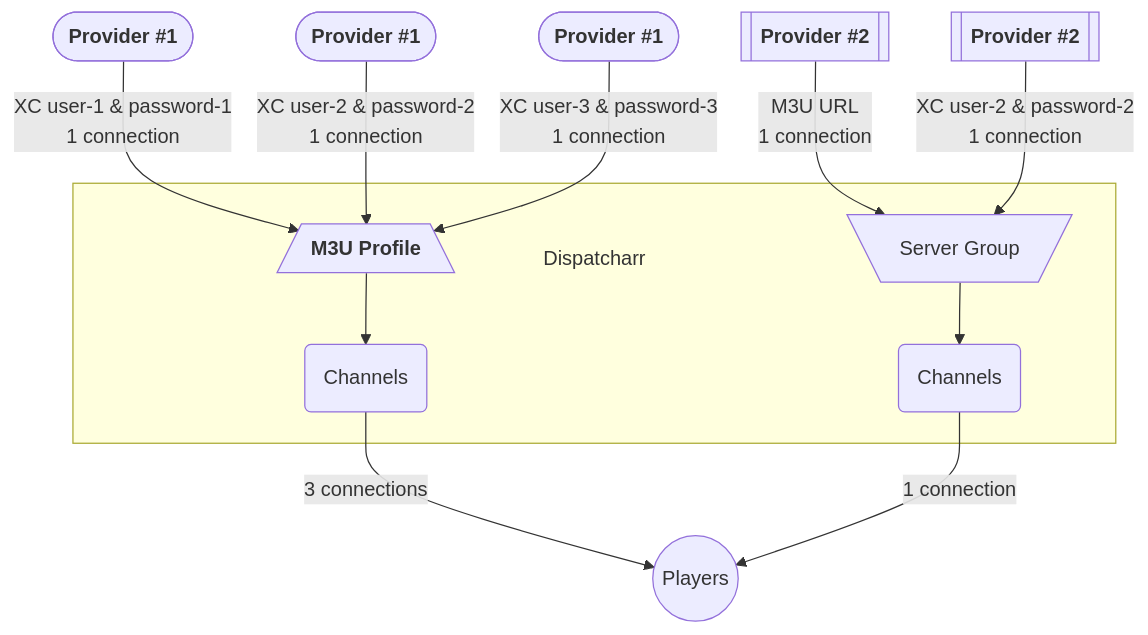
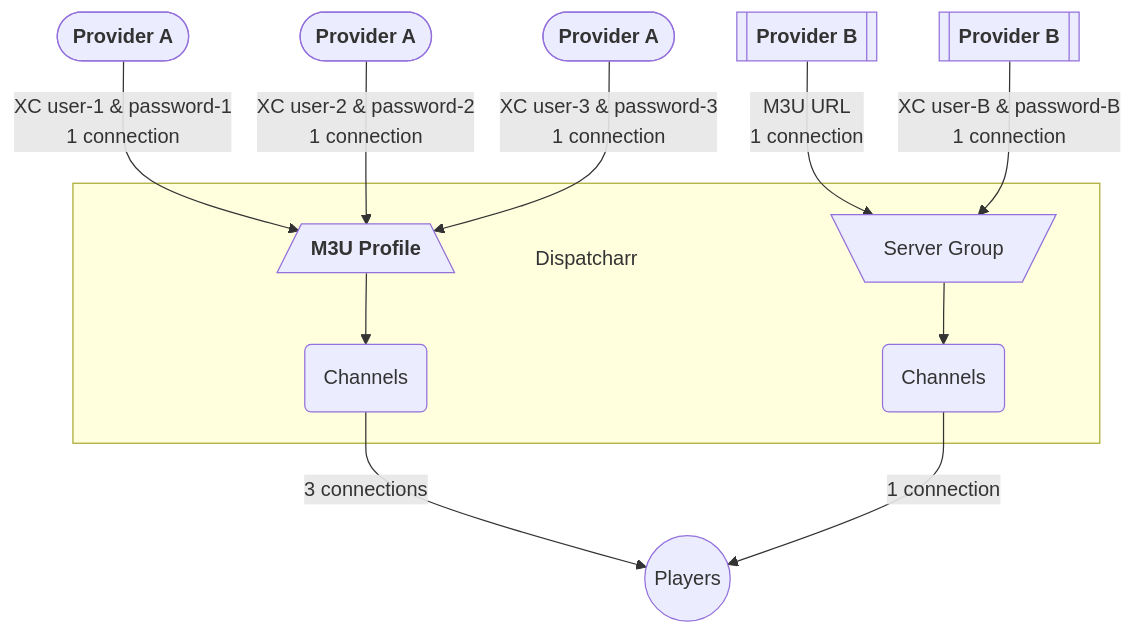
The diagram in docs/en/m3u-epg-manager.md (Dispatcharr/Dispatcharr-Docs), drawn with Mermaid before and after one commit.

````diff
--- a/docs/en/m3u-epg-manager.md
+++ b/docs/en/m3u-epg-manager.md
@@ -17,23 +17,23 @@
     ```mermaid
     flowchart TD
-    PR1(["`**Provider #1**`"]) -->|XC user-1 & password-1
+    PR1(["`**Provider A**`"]) -->|XC user-1 & password-1
                                  1 connection| MP[/"`**M3U Profile**`"\]
-    PR2(["`**Provider #1**`"]) -->|XC user-2 & password-2
+    PR2(["`**Provider A**`"]) -->|XC user-2 & password-2
                                  1 connection| MP
-    PR3(["`**Provider #1**`"]) -->|XC user-3 & password-3
+    PR3(["`**Provider A**`"]) -->|XC user-3 & password-3
                                  1 connection| MP
-    PRA[["`**Provider #2**`"]] -->|M3U URL
+    PRA[["`**Provider B**`"]] -->|M3U URL
                                 1 connection| SG[\Server Group/]
-    PRA2[["`**Provider #2**`"]] -->|XC user-2 & password-2
+    PRA2[["`**Provider B**`"]] -->|XC user-B & password-B
                                  1 connection| SG
     subgraph D["<br/> <br/> Dispatcharr"]
       MP
       CH
       SG
       CH2
     end
     MP --> CH(Channels)
     CH -->|3 connections| PL((Players))
     SG --> CH2(Channels)
     CH2 -->|1 connection| PL
     ```
````
